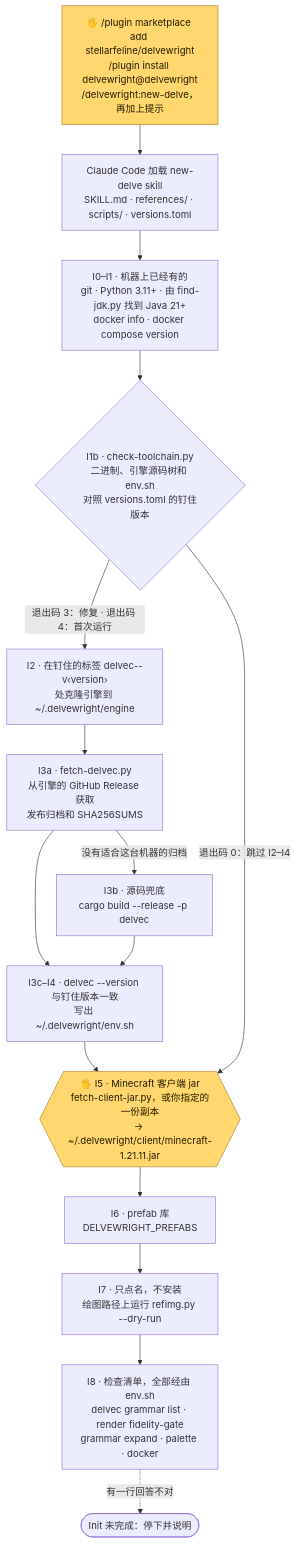
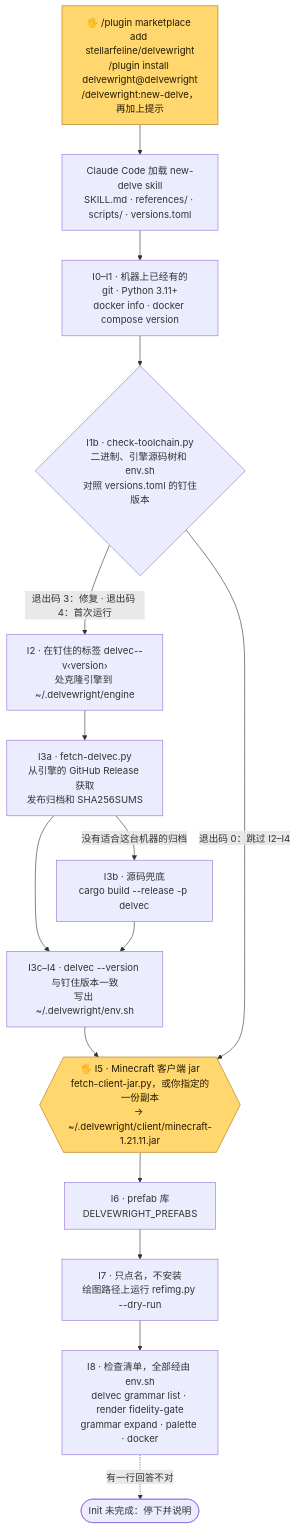
One commit to stellarfeline/delvewright changed the second of 9 diagrams in docs/how-it-works.zh-CN.md. Above: the diagram before and after it, drawn with Mermaid. The commit also changed 8 other files, not shown here.

````diff
--- a/docs/how-it-works.zh-CN.md
+++ b/docs/how-it-works.zh-CN.md
@@ -26,20 +26,20 @@
 ```mermaid
 flowchart TD
     U["🖐 /plugin marketplace add stellarfeline/delvewright<br/>/plugin install delvewright@delvewright<br/>/delvewright:new-delve，再加上提示"]:::human
     U --> CC["Claude Code 加载 new-delve skill<br/>SKILL.md · references/ · scripts/ · versions.toml"]
-    CC --> I1["I0–I1 · 机器上已经有的<br/>git · Python 3.11+ · 由 find-jdk.py 找到 Java 21+<br/>docker info · docker compose version"]
+    CC --> I1["I0–I1 · 机器上已经有的<br/>git · Python 3.11+<br/>docker info · docker compose version"]
     I1 --> I1B{"I1b · check-toolchain.py<br/>二进制、引擎源码树和 env.sh<br/>对照 versions.toml 的钉住版本"}
     I1B -->|"退出码 3：修复 · 退出码 4：首次运行"| I2["I2 · 在钉住的标签 delvec--v‹version›<br/>处克隆引擎到 ~/.delvewright/engine"]
     I2 --> I3A["I3a · fetch-delvec.py<br/>从引擎的 GitHub Release 获取<br/>发布归档和 SHA256SUMS"]
     I3A -->|"没有适合这台机器的归档"| I3B["I3b · 源码兜底<br/>cargo build --release -p delvec"]
     I3A --> I4["I3c–I4 · delvec --version 与钉住版本一致<br/>写出 ~/.delvewright/env.sh"]
     I3B --> I4
     I4 --> I5{{"🖐 I5 · Minecraft 客户端 jar<br/>fetch-client-jar.py，或你指定的一份副本<br/>→ ~/.delvewright/client/minecraft-1.21.11.jar"}}:::human
     I1B -->|"退出码 0：跳过 I2–I4"| I5
     I5 --> I6["I6 · prefab 库<br/>DELVEWRIGHT_PREFABS"]
     I6 --> I7["I7 · 只点名，不安装<br/>绘图路径上运行 refimg.py --dry-run"]
     I7 --> I8["I8 · 检查清单，全部经由 env.sh<br/>delvec grammar list · render fidelity-gate<br/>grammar expand · palette · docker"]
     I8 -.->|"有一行回答不对"| STOP(["Init 未完成：停下并说明"])
 
     classDef human fill:#ffd76e,stroke:#a9761a,color:#241a00
 ```
````
